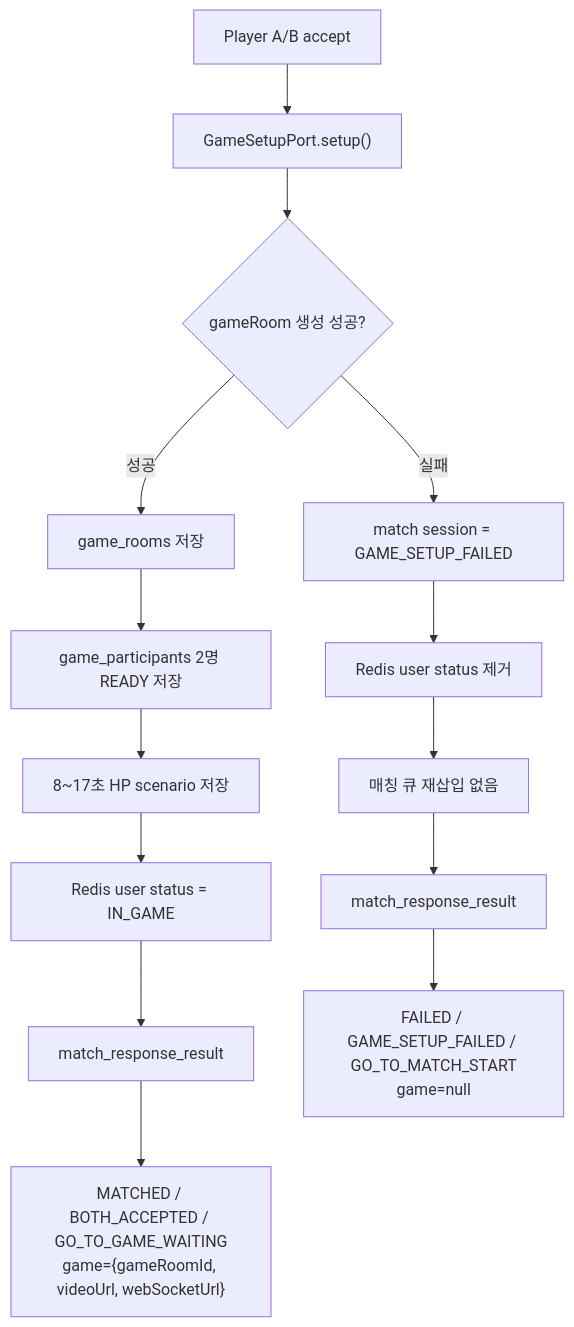
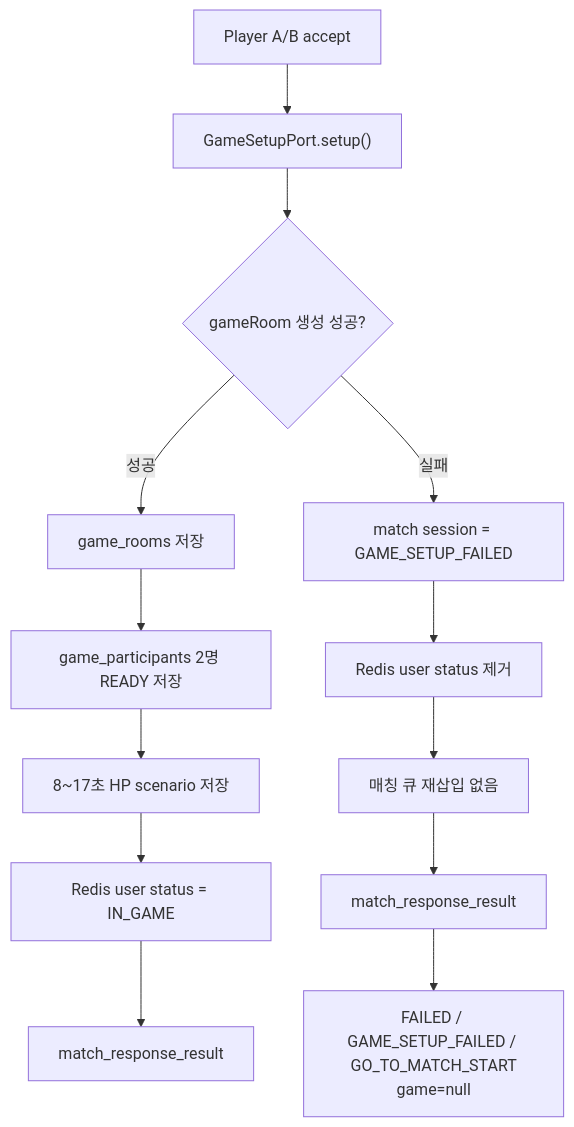
One commit to moonwhistle/League-of-Star changed the first of 2 diagrams in docs/antigravity/backend/issue-36-create-game-room-after-both-accept.md. Above: the diagram before and after it, drawn with Mermaid. The commit also changed other lines of this file and 47 other files, not shown here.

````diff
--- a/docs/antigravity/backend/issue-36-create-game-room-after-both-accept.md
+++ b/docs/antigravity/backend/issue-36-create-game-room-after-both-accept.md
@@ -273,18 +262,17 @@
 ```mermaid
 flowchart TD
     A["Player A/B accept"] --> B["GameSetupPort.setup()"]
     B --> C{"gameRoom 생성 성공?"}
 
     C -->|"성공"| D["game_rooms 저장"]
     D --> E["game_participants 2명 READY 저장"]
     E --> F["8~17초 HP scenario 저장"]
     F --> G["Redis user status = IN_GAME"]
     G --> H["match_response_result"]
-    H --> I["MATCHED / BOTH_ACCEPTED / GO_TO_GAME_WAITING<br/>game={gameRoomId, videoUrl, webSocketUrl}"]
 
     C -->|"실패"| J["match session = GAME_SETUP_FAILED"]
     J --> K["Redis user status 제거"]
     K --> L["매칭 큐 재삽입 없음"]
     L --> M["match_response_result"]
     M --> N["FAILED / GAME_SETUP_FAILED / GO_TO_MATCH_START<br/>game=null"]
 ```
````
